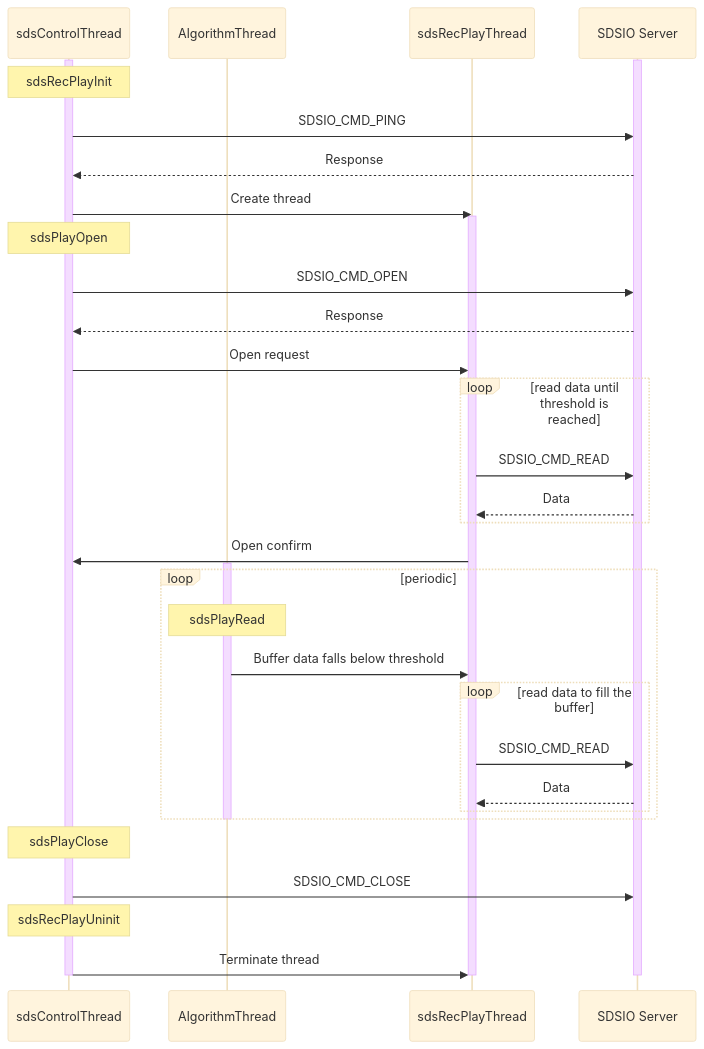
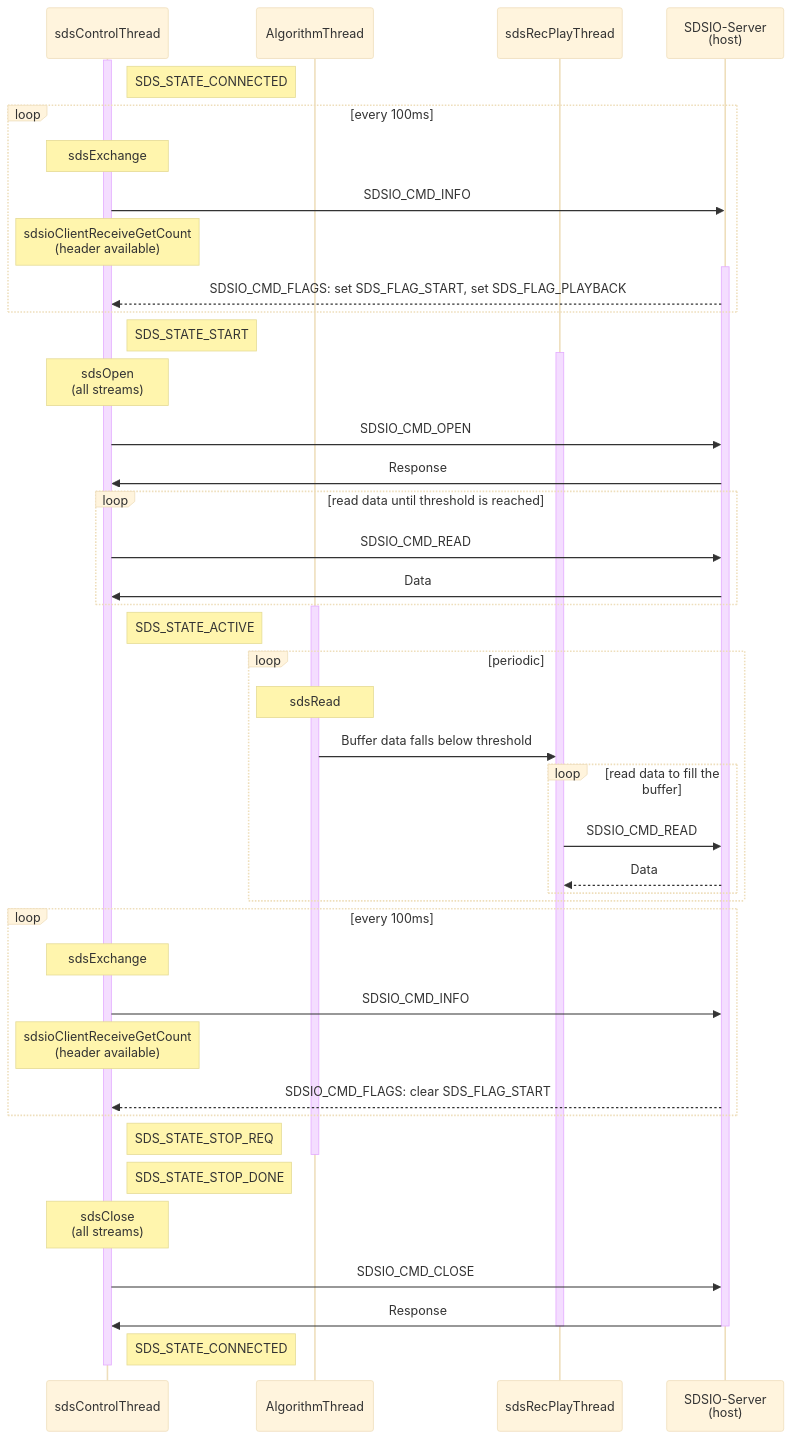
One commit to DavidLesnjak/SDS-Framework changed the fourth of 4 diagrams in documentation/theory.md. Above: the diagram before and after it, drawn with Mermaid (base theme). The commit also changed other lines of this file, not shown here.

Commit message:
Update Sequence Diagram in Theory

````diff
--- a/documentation/theory.md
+++ b/documentation/theory.md
@@ -467,48 +529,66 @@
 ```mermaid
 sequenceDiagram
     participant sdsControlThread
     activate sdsControlThread
 
     participant AlgorithmThread
-    participant Playback as sdsRecPlayThread
-    participant Server as SDSIO Server
+    participant SDSIO as sdsRecPlayThread
+    participant Server as SDSIO-Server<br/>(host)
 
+    Note right of sdsControlThread: SDS_STATE_CONNECTED 
+
+    loop every 100ms
+      Note over sdsControlThread: sdsExchange
+      sdsControlThread->>Server: SDSIO_CMD_INFO
+      Note over sdsControlThread: sdsioClientReceiveGetCount<br/>(header available) 
     activate Server
-    Note over sdsControlThread: sdsRecPlayInit
-    sdsControlThread->>Server: SDSIO_CMD_PING
-    Server-->>sdsControlThread: Response
+      Server-->>sdsControlThread: SDSIO_CMD_FLAGS: set SDS_FLAG_START, set SDS_FLAG_PLAYBACK  
+    end
 
-    sdsControlThread->>Playback: Create thread
-    activate Playback
+    Note right of sdsControlThread: SDS_STATE_START
 
-    Note over sdsControlThread: sdsPlayOpen
+    activate SDSIO
+
+    Note over sdsControlThread: sdsOpen<br/>(all streams)
     sdsControlThread->>Server: SDSIO_CMD_OPEN
-    Server-->>sdsControlThread: Response
-    sdsControlThread->>Playback: Open request
+    Server->>sdsControlThread: Response
+
     loop read data until threshold is reached
-        Playback->>Server: SDSIO_CMD_READ
-        Server-->>Playback: Data
+        sdsControlThread->>Server: SDSIO_CMD_READ
+        Server->>sdsControlThread: Data
     end
-    Playback->>sdsControlThread: Open confirm
+  
+    activate AlgorithmThread
 
-    activate AlgorithmThread
+    Note right of sdsControlThread: SDS_STATE_ACTIVE
+
     loop periodic
-        Note over AlgorithmThread: sdsPlayRead
-        AlgorithmThread->>Playback: Buffer data falls below threshold
+        Note over AlgorithmThread: sdsRead
+        AlgorithmThread->>SDSIO: Buffer data falls below threshold
         loop read data to fill the buffer
-            Playback->>Server: SDSIO_CMD_READ
-            Server-->>Playback: Data
+            SDSIO->>Server: SDSIO_CMD_READ
+            Server-->>SDSIO: Data
         end
     end
+
+    loop every 100ms
+      Note over sdsControlThread: sdsExchange
+      sdsControlThread->>Server: SDSIO_CMD_INFO
+      Note over sdsControlThread: sdsioClientReceiveGetCount<br/>(header available) 
+      Server-->>sdsControlThread: SDSIO_CMD_FLAGS: clear SDS_FLAG_START
+    end
+
+    Note right of sdsControlThread: SDS_STATE_STOP_REQ
+
     deactivate AlgorithmThread
+    Note right of sdsControlThread: SDS_STATE_STOP_DONE
 
-    Note over sdsControlThread: sdsPlayClose
+    Note over sdsControlThread: sdsClose<br/>(all streams)
     sdsControlThread->>Server: SDSIO_CMD_CLOSE
+    Server->>sdsControlThread: Response
+    deactivate SDSIO
+    deactivate Server
 
-    Note over sdsControlThread: sdsRecPlayUninit
-    sdsControlThread->>Playback: Terminate thread
-    deactivate Playback
-
-    deactivate Server
+    Note right of sdsControlThread: SDS_STATE_CONNECTED
     deactivate sdsControlThread
 ```
````
